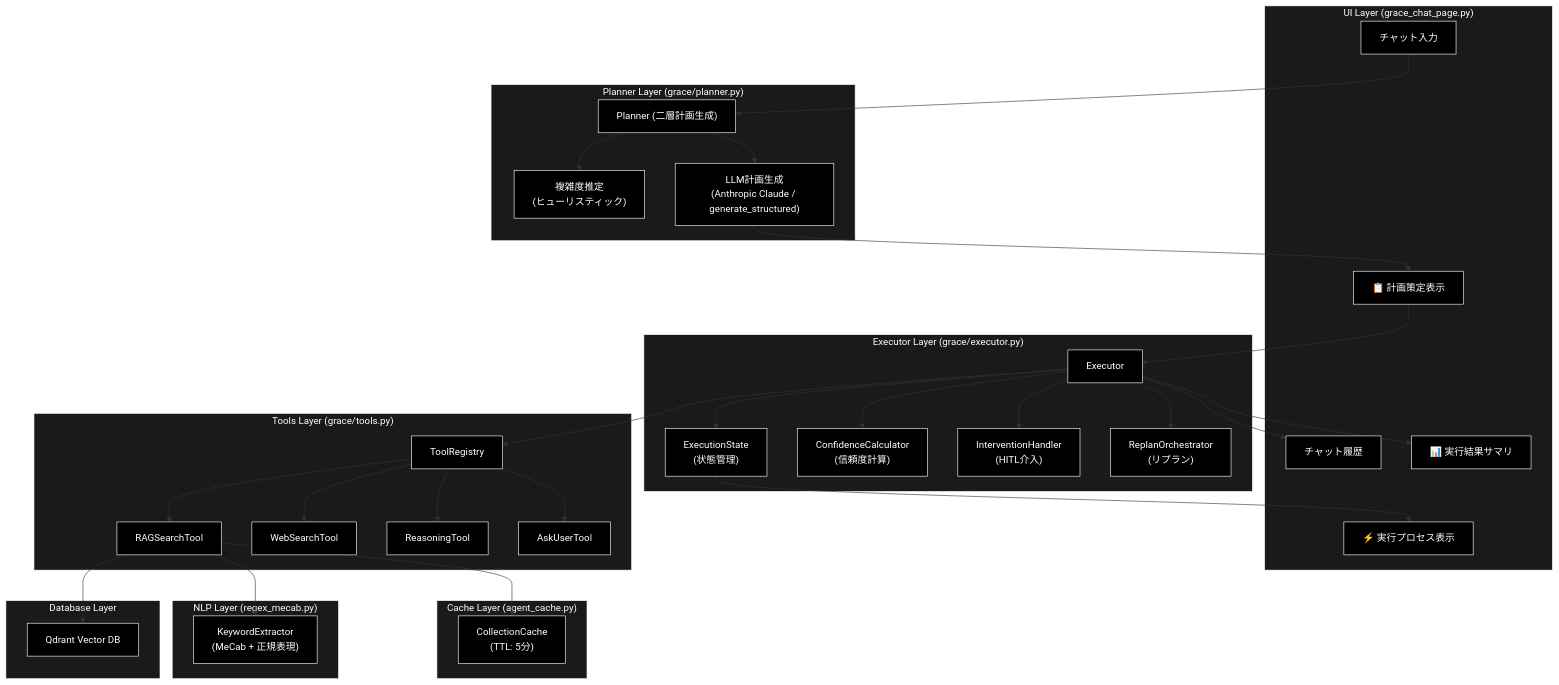
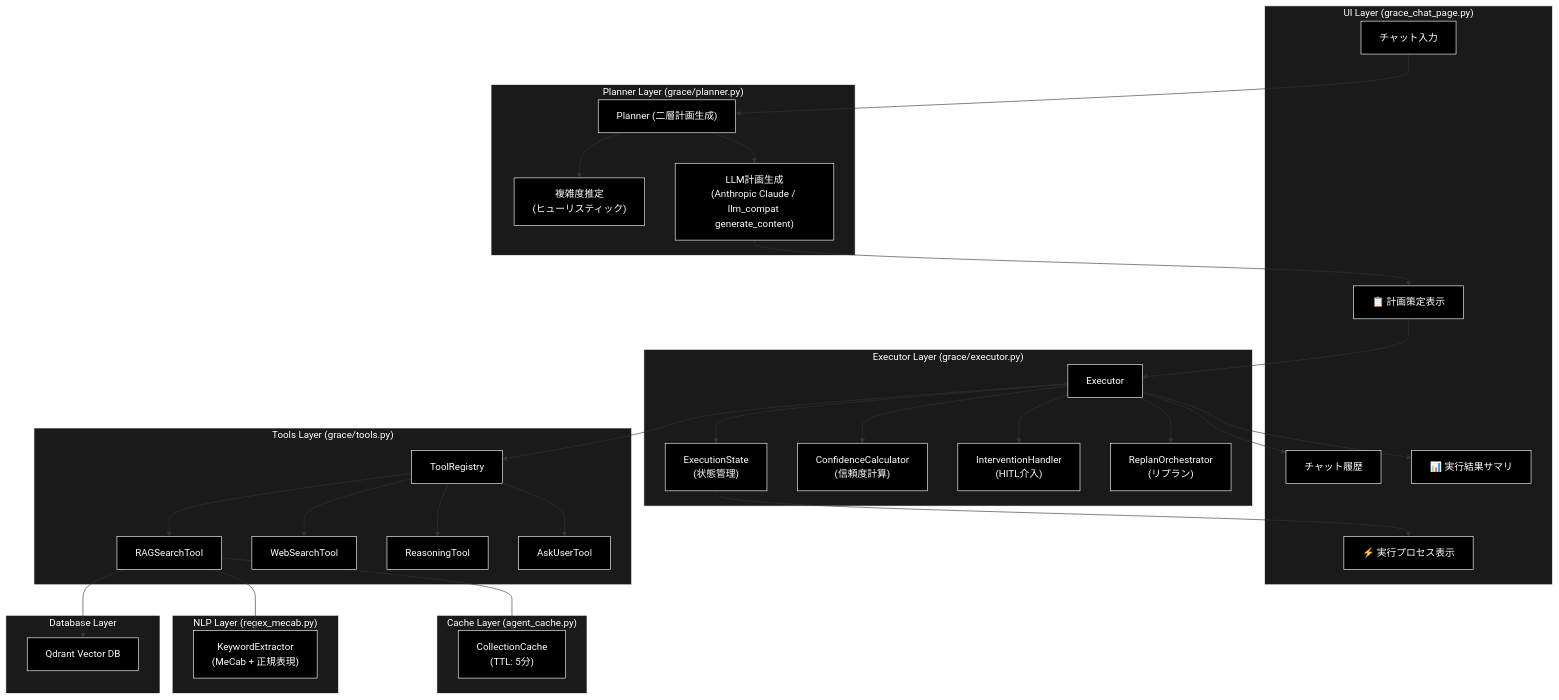
The first of 13 diagrams in readme_autonomous_agent.md (nakashima2toshio/anthropic_grace_agent_v2), drawn with Mermaid before and after one commit. The commit also changed other lines of this file and 9 other files, not shown here.

````diff
--- a/readme_autonomous_agent.md
+++ b/readme_autonomous_agent.md
@@ -74,75 +76,75 @@
 ```mermaid
 flowchart TB
     subgraph UI["UI Layer (grace_chat_page.py)"]
         ChatInput["チャット入力"]
         ChatHistory["チャット履歴"]
         PlanView["📋 計画策定表示"]
         ExecView["⚡ 実行プロセス表示"]
         ResultView["📊 実行結果サマリ"]
     end
 
     subgraph Planner_Layer["Planner Layer (grace/planner.py)"]
         Planner["Planner (二層計画生成)"]
         ComplexityEstimator["複雑度推定<br/>(ヒューリスティック)"]
-        PlanGeneration["LLM計画生成<br/>(Anthropic Claude / generate_structured)"]
+        PlanGeneration["LLM計画生成<br/>(Anthropic Claude / llm_compat generate_content)"]
     end
 
     subgraph Executor_Layer["Executor Layer (grace/executor.py)"]
         Executor["Executor"]
         StateManager["ExecutionState<br/>(状態管理)"]
         ConfCalc["ConfidenceCalculator<br/>(信頼度計算)"]
         IntHandler["InterventionHandler<br/>(HITL介入)"]
         ReplanOrch["ReplanOrchestrator<br/>(リプラン)"]
     end
 
     subgraph Tools["Tools Layer (grace/tools.py)"]
         ToolRegistry["ToolRegistry"]
         RAGSearch["RAGSearchTool"]
         WebSearch["WebSearchTool"]
         Reasoning["ReasoningTool"]
         AskUser["AskUserTool"]
     end
 
     subgraph Cache["Cache Layer (agent_cache.py)"]
         CollectionCache["CollectionCache<br/>(TTL: 5分)"]
     end
 
     subgraph NLP["NLP Layer (regex_mecab.py)"]
         KeywordExtractor["KeywordExtractor<br/>(MeCab + 正規表現)"]
     end
 
     subgraph DB["Database Layer"]
         Qdrant["Qdrant Vector DB"]
     end
 
     ChatInput --> Planner
     Planner --> ComplexityEstimator
     Planner --> PlanGeneration
     PlanGeneration --> PlanView
     PlanView --> Executor
     Executor --> StateManager
     Executor --> ConfCalc
     Executor --> IntHandler
     Executor --> ReplanOrch
     Executor --> ToolRegistry
     ToolRegistry --> RAGSearch
     ToolRegistry --> WebSearch
     ToolRegistry --> Reasoning
     ToolRegistry --> AskUser
     RAGSearch --> CollectionCache
     RAGSearch --> Qdrant
     RAGSearch --> KeywordExtractor
     StateManager --> ExecView
     Executor --> ResultView
     Executor --> ChatHistory
 classDef default fill:#000,stroke:#fff,color:#fff
 classDef subgraphStyle fill:#1a1a1a,stroke:#fff,color:#fff
 class AskUser,ChatHistory,ChatInput,CollectionCache,ComplexityEstimator,ConfCalc,DB,ExecView,Executor,IntHandler,KeywordExtractor,PlanGeneration,PlanView,Planner,Qdrant,RAGSearch,Reasoning,ReplanOrch,ResultView,StateManager,ToolRegistry,WebSearch default
 style UI fill:#1a1a1a,stroke:#fff,color:#fff
 style Planner_Layer fill:#1a1a1a,stroke:#fff,color:#fff
 style Executor_Layer fill:#1a1a1a,stroke:#fff,color:#fff
 style Tools fill:#1a1a1a,stroke:#fff,color:#fff
 style Cache fill:#1a1a1a,stroke:#fff,color:#fff
 style NLP fill:#1a1a1a,stroke:#fff,color:#fff
 style DB fill:#1a1a1a,stroke:#fff,color:#fff
 ```
````
